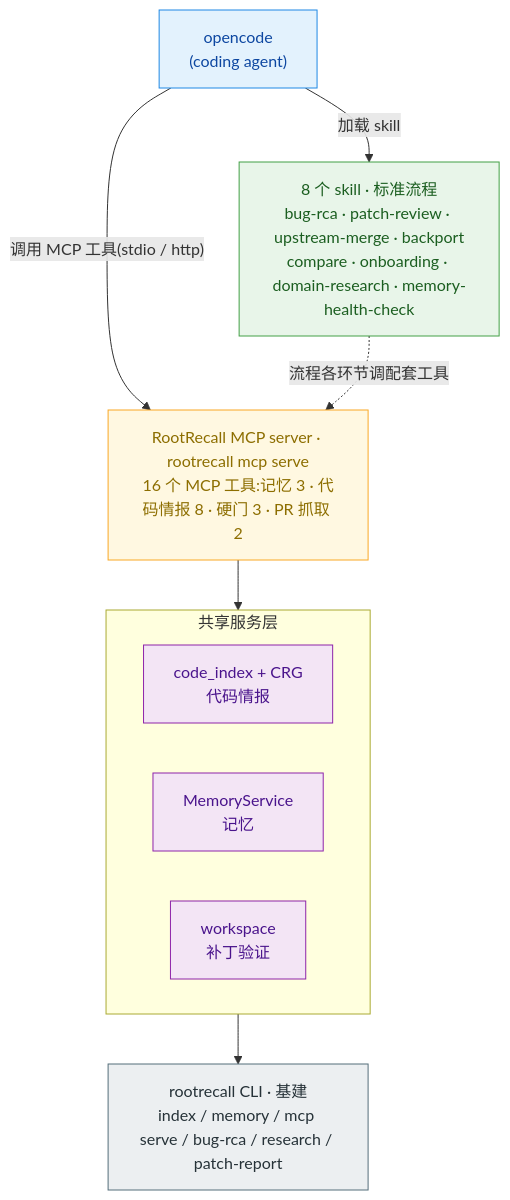
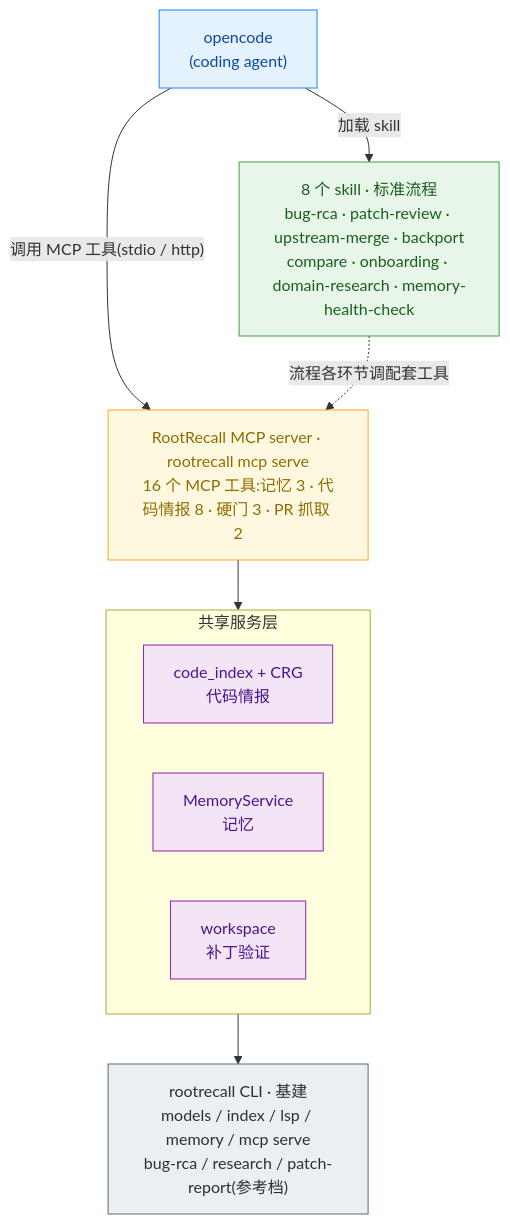
Before and after one commit to TuNaiChao/Hyperion: the diagram in README.md, drawn with Mermaid. The commit also changed other lines of this file and 4 other files, not shown here.

````diff
--- a/README.md
+++ b/README.md
@@ -81,31 +67,31 @@
 ```mermaid
 flowchart TB
     AGENT["opencode<br/>(coding agent)"]
     SKILLS["8 个 skill · 标准流程<br/>bug-rca · patch-review · upstream-merge · backport<br/>compare · onboarding · domain-research · memory-health-check"]
     SERVER["RootRecall MCP server · rootrecall mcp serve<br/>16 个 MCP 工具:记忆 3 · 代码情报 8 · 硬门 3 · PR 抓取 2"]
 
     subgraph SERVICES["共享服务层"]
         SVC1["code_index + CRG<br/>代码情报"]
         SVC2["MemoryService<br/>记忆"]
         SVC3["workspace<br/>补丁验证"]
     end
 
-    CLI["rootrecall CLI · 基建<br/>index / memory / mcp serve / bug-rca / research / patch-report"]
+    CLI["rootrecall CLI · 基建<br/>models / index / lsp / memory / mcp serve<br/>bug-rca / research / patch-report(参考档)"]
 
     AGENT -->|"加载 skill"| SKILLS
     AGENT -->|"调用 MCP 工具(stdio / http)"| SERVER
     SKILLS -.->|"流程各环节调配套工具"| SERVER
     SERVER --> SERVICES
     SERVICES --> CLI
 
     classDef agent fill:#E3F2FD,stroke:#1E88E5,color:#0D47A1
     classDef skills fill:#E8F5E9,stroke:#43A047,color:#1B5E20
     classDef server fill:#FFF8E1,stroke:#F9A825,color:#8D6E00
     classDef svc fill:#F3E5F5,stroke:#8E24AA,color:#4A148C
     classDef cli fill:#ECEFF1,stroke:#546E7A,color:#263238
     class AGENT agent
     class SKILLS skills
     class SERVER server
     class SVC1,SVC2,SVC3 svc
     class CLI cli
 ```
````
